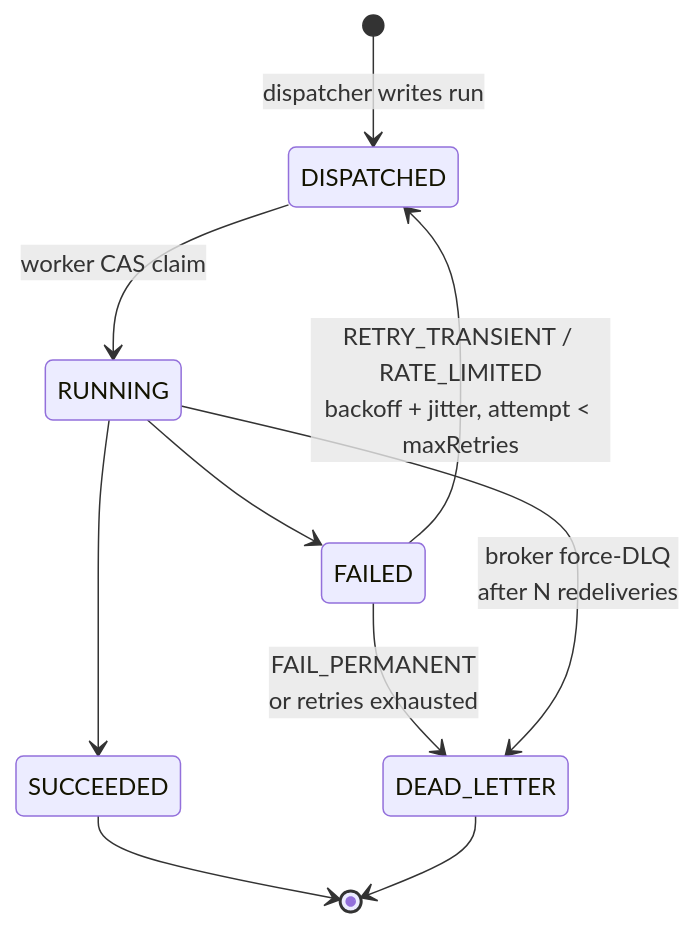
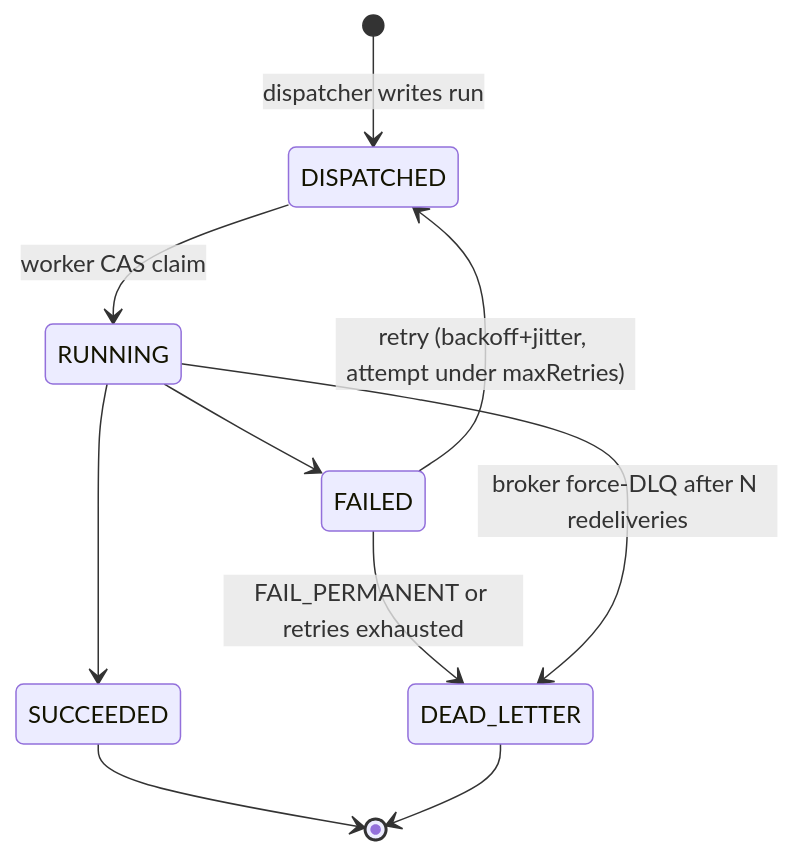
Before and after one commit to cartmancodes/InterviewVault: the fifth of 6 diagrams in LLD/questions/Design Job Scheduler.md, drawn with Mermaid. The commit also changed other lines of this file and 54 other files, not shown here.

````diff
--- a/LLD/questions/Design Job Scheduler.md
+++ b/LLD/questions/Design Job Scheduler.md
@@ -320,12 +320,12 @@
 ```mermaid
 stateDiagram-v2
     [*] --> DISPATCHED: dispatcher writes run
     DISPATCHED --> RUNNING: worker CAS claim
     RUNNING --> SUCCEEDED
     RUNNING --> FAILED
-    FAILED --> DISPATCHED: RETRY_TRANSIENT / RATE_LIMITED<br/>backoff + jitter, attempt < maxRetries
-    FAILED --> DEAD_LETTER: FAIL_PERMANENT<br/>or retries exhausted
-    RUNNING --> DEAD_LETTER: broker force-DLQ<br/>after N redeliveries
+    FAILED --> DISPATCHED: retry (backoff+jitter, attempt under maxRetries)
+    FAILED --> DEAD_LETTER: FAIL_PERMANENT or retries exhausted
+    RUNNING --> DEAD_LETTER: broker force-DLQ after N redeliveries
     SUCCEEDED --> [*]
     DEAD_LETTER --> [*]
 ```
````
